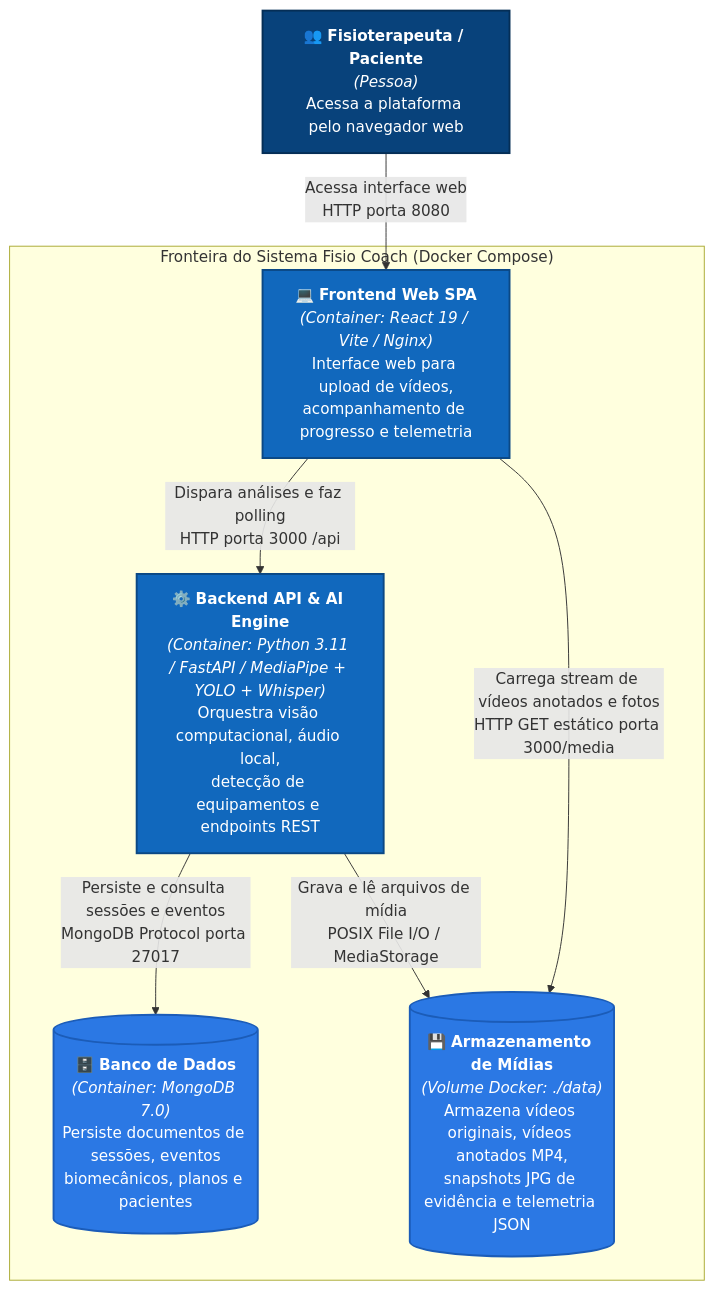
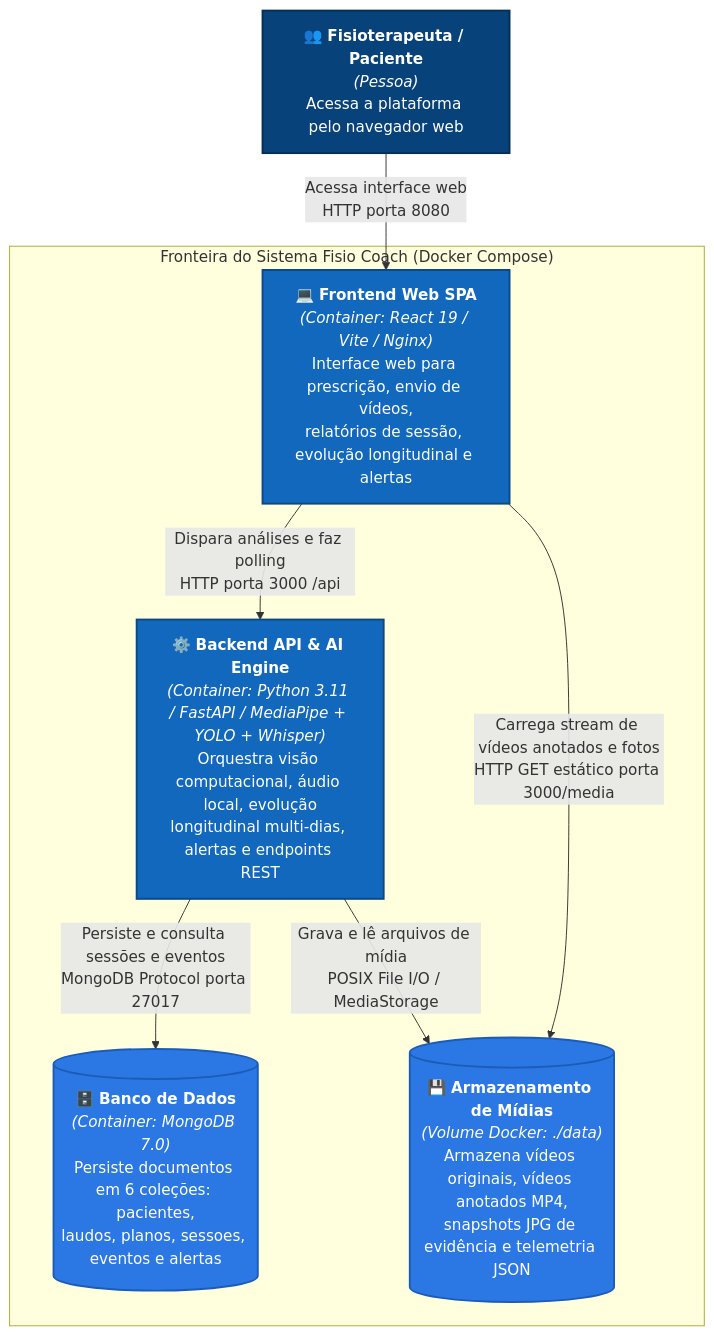
Before and after one commit to vagner-nascimento/fiap-pos-ia-para-devs-fase4-tech-challenge: the second of 5 diagrams in docs/arquitetura/arquitetura-do-sistema.md, drawn with Mermaid. The commit also changed other lines of this file and 6 other files, not shown here.

Commit message:
docs: atualiza arquitetura, ADR 0014, READMEs e api.http com evolucao multi-dias e prescricao por dia

````diff
--- a/docs/arquitetura/arquitetura-do-sistema.md
+++ b/docs/arquitetura/arquitetura-do-sistema.md
@@ -62,28 +63,28 @@
 ```mermaid
 flowchart TB
     usuario["👥 <b>Fisioterapeuta / Paciente</b><br/><i>(Pessoa)</i><br/>Acessa a plataforma pelo navegador web"]
 
     subgraph BoundaryFisioCoach [" Fronteira do Sistema Fisio Coach (Docker Compose) "]
-        frontend["💻 <b>Frontend Web SPA</b><br/><i>(Container: React 19 / Vite / Nginx)</i><br/>Interface web para upload de vídeos,<br/>acompanhamento de progresso e telemetria"]
+        frontend["💻 <b>Frontend Web SPA</b><br/><i>(Container: React 19 / Vite / Nginx)</i><br/>Interface web para prescrição, envio de vídeos,<br/>relatórios de sessão, evolução longitudinal e alertas"]
 
-        backend["⚙️ <b>Backend API & AI Engine</b><br/><i>(Container: Python 3.11 / FastAPI / MediaPipe + YOLO + Whisper)</i><br/>Orquestra visão computacional, áudio local,<br/>detecção de equipamentos e endpoints REST"]
+        backend["⚙️ <b>Backend API & AI Engine</b><br/><i>(Container: Python 3.11 / FastAPI / MediaPipe + YOLO + Whisper)</i><br/>Orquestra visão computacional, áudio local, evolução<br/>longitudinal multi-dias, alertas e endpoints REST"]
 
-        mongodb[("🗄️ <b>Banco de Dados</b><br/><i>(Container: MongoDB 7.0)</i><br/>Persiste documentos de sessões, eventos<br/>biomecânicos, planos e pacientes")]
+        mongodb[("🗄️ <b>Banco de Dados</b><br/><i>(Container: MongoDB 7.0)</i><br/>Persiste documentos em 6 coleções: pacientes,<br/>laudos, planos, sessoes, eventos e alertas")]
 
         storage[("💾 <b>Armazenamento de Mídias</b><br/><i>(Volume Docker: ./data)</i><br/>Armazena vídeos originais, vídeos anotados MP4,<br/>snapshots JPG de evidência e telemetria JSON")]
     end
 
     usuario -->|Acessa interface web<br/>HTTP porta 8080| frontend
     frontend -->|Dispara análises e faz polling<br/>HTTP porta 3000 /api| backend
     backend -->|Persiste e consulta sessões e eventos<br/>MongoDB Protocol porta 27017| mongodb
     backend -->|Grava e lê arquivos de mídia<br/>POSIX File I/O / MediaStorage| storage
     frontend -->|Carrega stream de vídeos anotados e fotos<br/>HTTP GET estático porta 3000/media| storage
 
     classDef person fill:#08427b,stroke:#052e56,color:#ffffff,stroke-width:2px;
     classDef container fill:#1168bd,stroke:#0b4884,color:#ffffff,stroke-width:2px;
     classDef database fill:#2b78e4,stroke:#1b5cb8,color:#ffffff,stroke-width:2px;
 
     class usuario person;
     class frontend,backend container;
     class mongodb,storage database;
 ```
````
